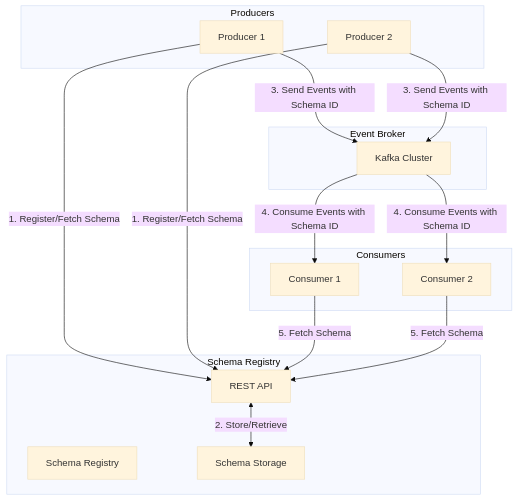
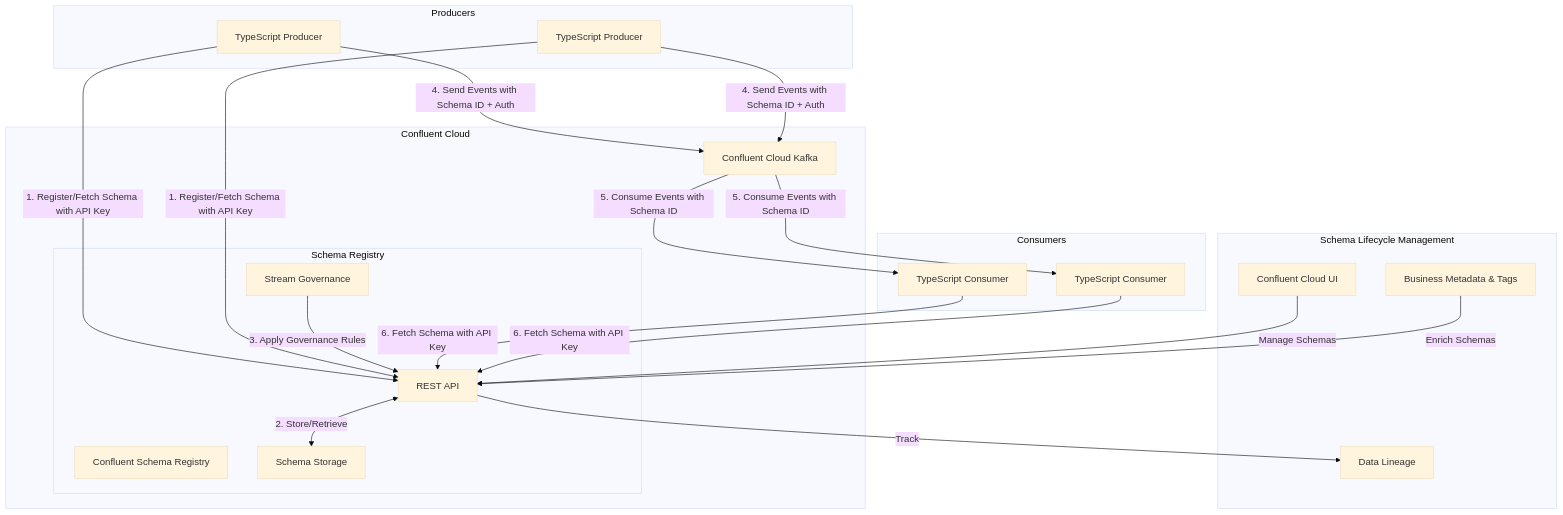
The diagram in docs/architecture/core_components/event-broker/04-governance-compliance/schema-registry-management.md (ryan-norman-cmm/cmm-reference-architecture), drawn with Mermaid (base theme) before and after one commit. The commit also changed other lines of this file, not shown here.

First line of the commit message:
docs: Update Schema Registry Management with TypeScript and Confluent Cloud features

````diff
--- a/docs/architecture/core_components/event-broker/04-governance-compliance/schema-registry-management.md
+++ b/docs/architecture/core_components/event-broker/04-governance-compliance/schema-registry-management.md
@@ -11,35 +11,46 @@
 ```mermaid
 flowchart TB
-    subgraph "Event Broker"
-        Kafka["Kafka Cluster"]
-    end
-    
-    subgraph "Schema Registry"
-        Registry["Schema Registry"]
-        Storage["Schema Storage"]
-        REST["REST API"]
+    subgraph "Confluent Cloud"
+        Kafka["Confluent Cloud Kafka"]
+        subgraph "Schema Registry"
+            Registry["Confluent Schema Registry"]
+            Storage["Schema Storage"]
+            REST["REST API"]
+            Gov["Stream Governance"]
+        end
     end
     
     subgraph "Producers"
-        Producer1["Producer 1"]
-        Producer2["Producer 2"]
+        Producer1["TypeScript Producer"]
+        Producer2["TypeScript Producer"]
     end
     
     subgraph "Consumers"
-        Consumer1["Consumer 1"]
-        Consumer2["Consumer 2"]
+        Consumer1["TypeScript Consumer"]
+        Consumer2["TypeScript Consumer"]
     end
     
-    Producer1 -->|1. Register/Fetch Schema| REST
-    Producer2 -->|1. Register/Fetch Schema| REST
+    Producer1 -->|1. Register/Fetch Schema with API Key| REST
+    Producer2 -->|1. Register/Fetch Schema with API Key| REST
     REST <-->|2. Store/Retrieve| Storage
+    Gov -->|3. Apply Governance Rules| REST
     
-    Producer1 -->|3. Send Events with Schema ID| Kafka
-    Producer2 -->|3. Send Events with Schema ID| Kafka
+    Producer1 -->|4. Send Events with Schema ID + Auth| Kafka
+    Producer2 -->|4. Send Events with Schema ID + Auth| Kafka
     
-    Kafka -->|4. Consume Events with Schema ID| Consumer1
-    Kafka -->|4. Consume Events with Schema ID| Consumer2
+    Kafka -->|5. Consume Events with Schema ID| Consumer1
+    Kafka -->|5. Consume Events with Schema ID| Consumer2
     
-    Consumer1 -->|5. Fetch Schema| REST
-    Consumer2 -->|5. Fetch Schema| REST
+    Consumer1 -->|6. Fetch Schema with API Key| REST
+    Consumer2 -->|6. Fetch Schema with API Key| REST
+    
+    subgraph "Schema Lifecycle Management"
+        SchemaUI["Confluent Cloud UI"]
+        TagCatalog["Business Metadata & Tags"]
+        Lineage["Data Lineage"]
+    end
+    
+    SchemaUI -->|Manage Schemas| REST
+    TagCatalog -->|Enrich Schemas| REST
+    REST -->|Track| Lineage
 ```
````
